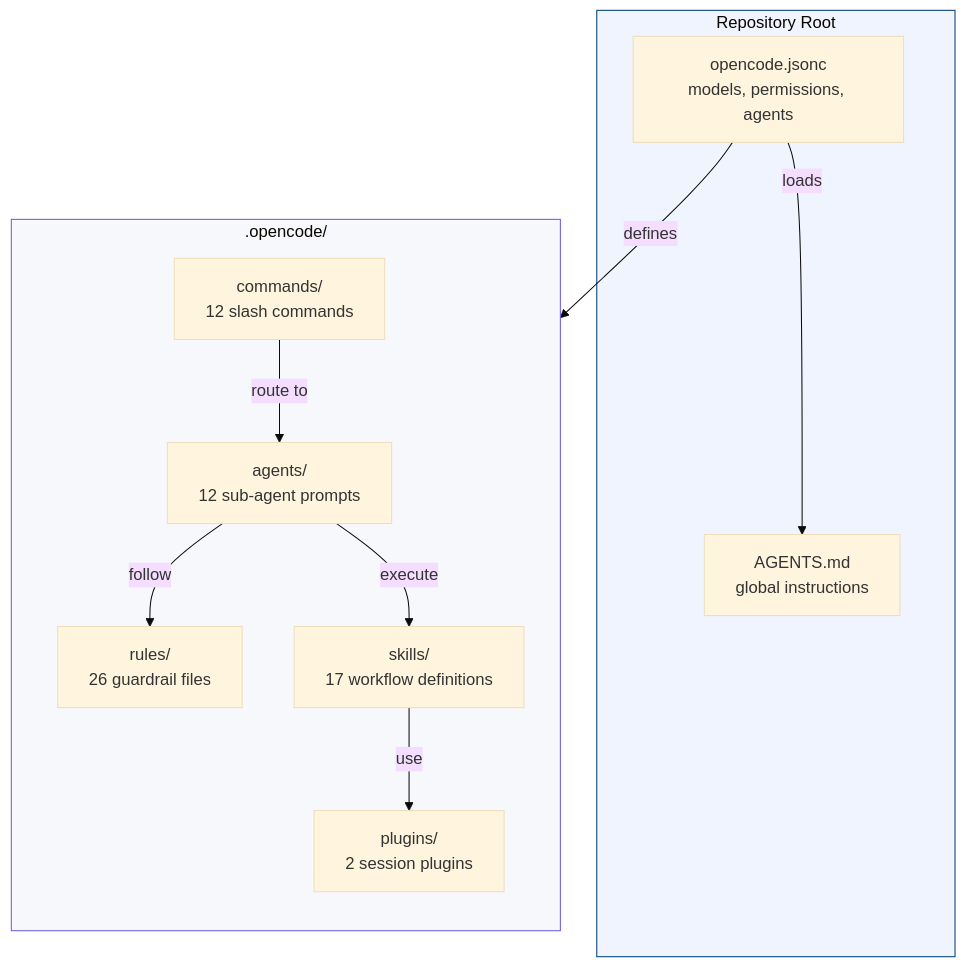
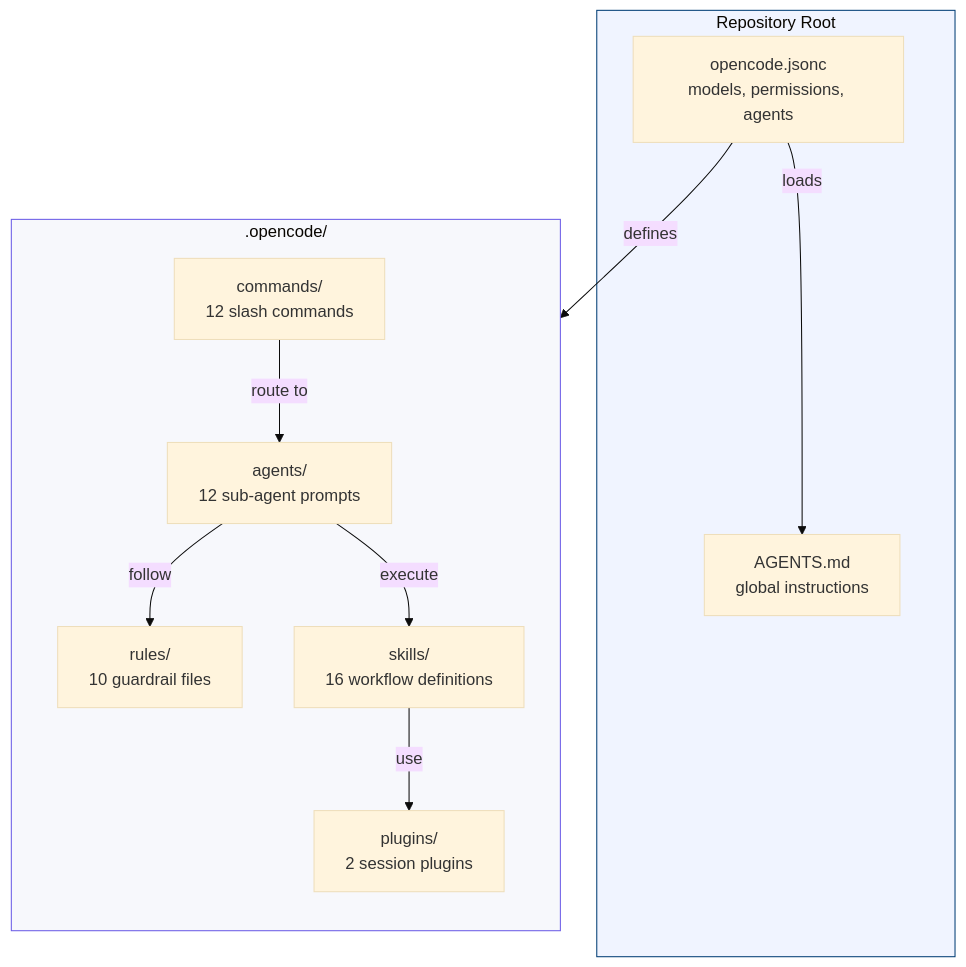
One commit to sean8601/mockserver-monorepo changed the first of 7 diagrams in docs/operations/opencode-configuration.md. Above: the diagram before and after it, drawn with Mermaid (base theme). The commit also changed other lines of this file and 210 other files, not shown here.

````diff
--- a/docs/operations/opencode-configuration.md
+++ b/docs/operations/opencode-configuration.md
@@ -11,33 +11,33 @@
 ```mermaid
 flowchart TB
     subgraph Root["Repository Root"]
         CONFIG["opencode.jsonc
 models, permissions, agents"]
         AGENTS_MD["AGENTS.md
 global instructions"]
     end
 
     subgraph Harness[".opencode/"]
         direction TB
         AG["agents/
 12 sub-agent prompts"]
         RU["rules/
-26 guardrail files"]
+10 guardrail files"]
         SK["skills/
-17 workflow definitions"]
+16 workflow definitions"]
         CM["commands/
 12 slash commands"]
         PL["plugins/
 2 session plugins"]
     end
 
     CONFIG -->|"loads"| AGENTS_MD
     CONFIG -->|"defines"| AG
     AG -->|"follow"| RU
     AG -->|"execute"| SK
     CM -->|"route to"| AG
     SK -->|"use"| PL
 
     style Root fill:#f0f4ff,stroke:#003d75
     style Harness fill:#f7f8fc,stroke:#6b5ce7
 ```
````
